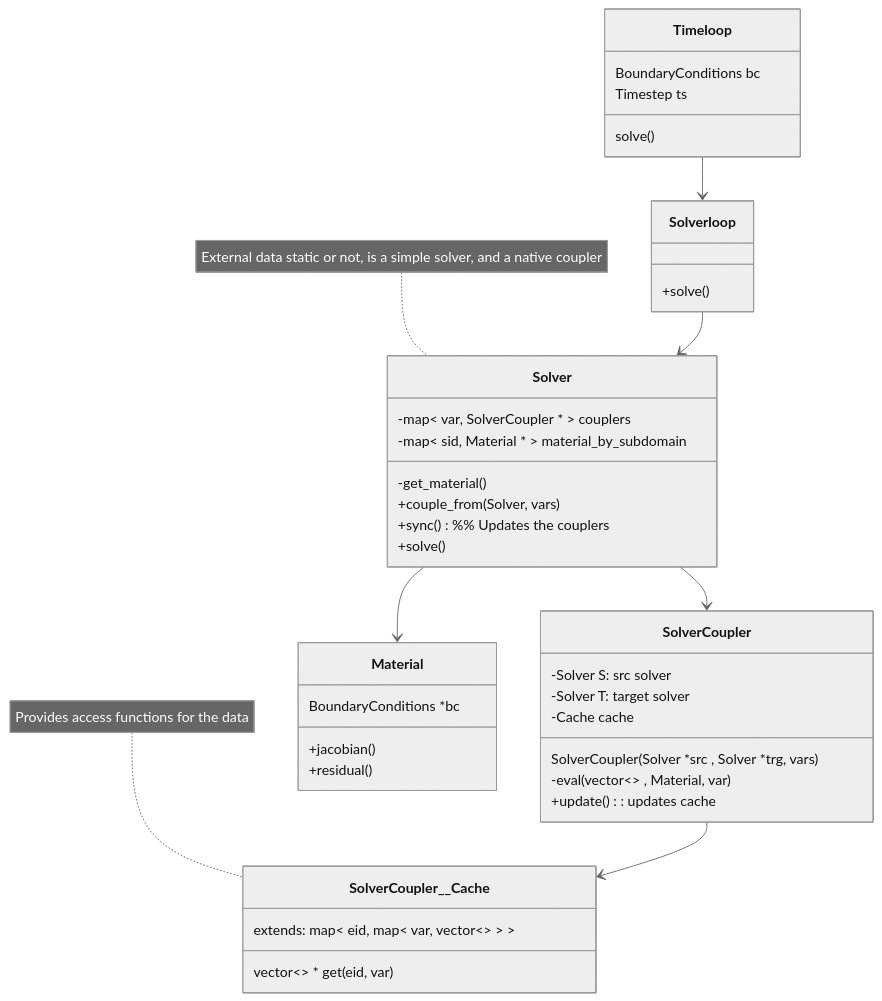
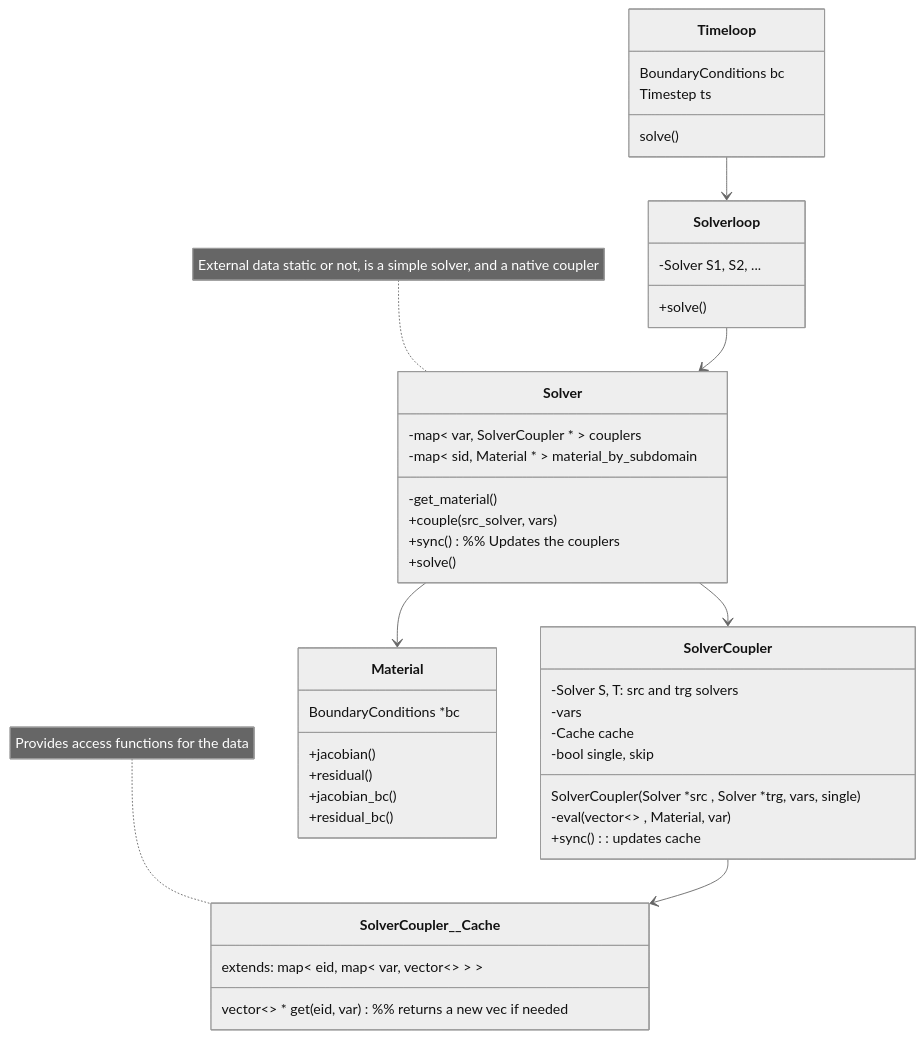
Before and after one commit to rebpoli/harpy: the first of 2 diagrams in doc/Description.md, drawn with Mermaid (neutral theme). The commit also changed other lines of this file, not shown here.

````diff
--- a/doc/Description.md
+++ b/doc/Description.md
@@ -20,55 +20,59 @@
 ```mermaid
 %% Interfaces, abstract classes
 classDiagram
     class Timeloop { 
         BoundaryConditions bc
         Timestep ts
         solve()
     }
 
     %% The solver loop couples the solvers
     class Solverloop {
+        -Solver S1, S2, ...
         +solve()
     }
 
     %% Does the calculations and hold the cached data needed to couple SRC->TRG
     %% Can be specialized for more complex data types (e.g. stress or velocities)
     class SolverCoupler__Cache {
         extends: map< eid, map< var, vector<> > >
-        vector<> * get( eid, var )
+        vector<> * get( eid, var ) %% returns a new vec if needed
     }
     note for SolverCoupler__Cache "Provides access functions for the data"
     class SolverCoupler {
-        SolverCoupler( Solver *src , Solver *trg, vars )
-        -Solver S: src solver
-        -Solver T: target solver
+        SolverCoupler( Solver *src , Solver *trg, vars, single )
+        -Solver S, T: src and trg solvers
+        -vars
         -Cache cache
+        -bool single, skip
         -eval( vector<> , Material, var )
-        +update(): updates cache
+        +sync(): updates cache
     }
     SolverCoupler --> SolverCoupler__Cache
 
     %% The solver keeps its own couplers
     class Solver {
         -map< var, SolverCoupler * > couplers
         -map< sid, Material * > material_by_subdomain
         -get_material()
-        +couple_from(Solver, vars)
+        +couple(src_solver, vars)
         +sync()  %% Updates the couplers
         +solve()
     }
     Solver--> SolverCoupler
     note for Solver "External data static or not, is a simple solver, and a native coupler"
 
 
     class Material {
         BoundaryConditions *bc
         +jacobian()
         +residual()
+        +jacobian_bc()
+        +residual_bc()
     }
 
     Timeloop --> Solverloop
     Solverloop --> Solver
     Solver --> Material
 
 ```
````
